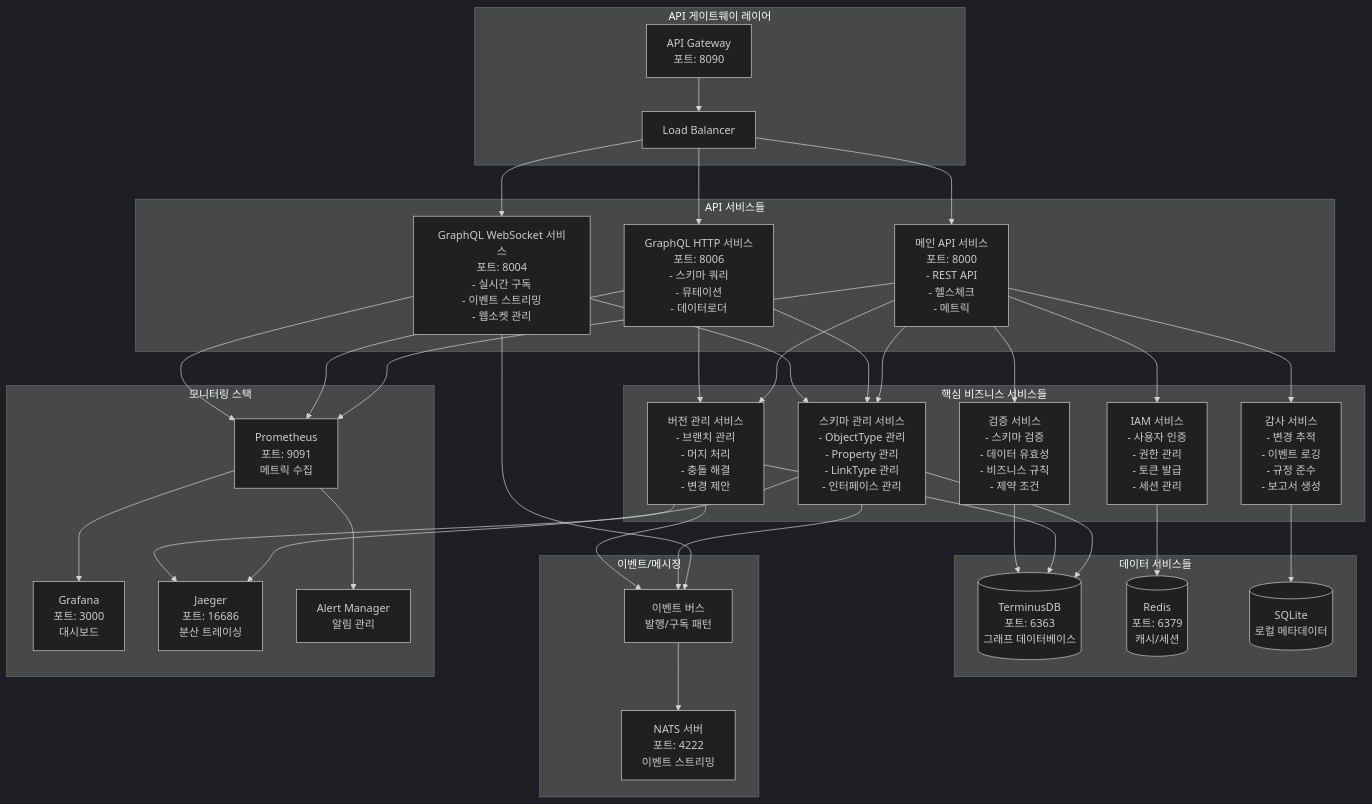
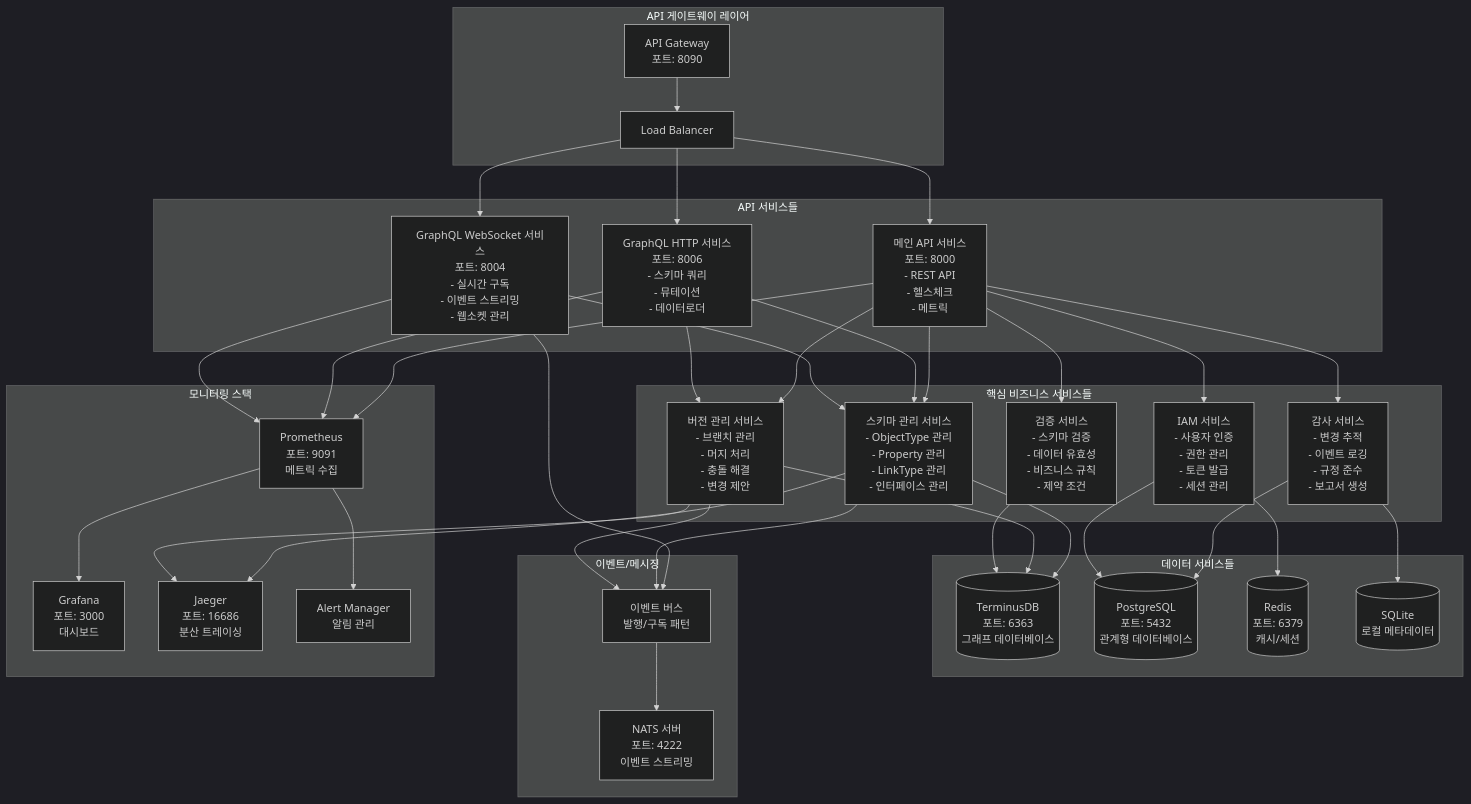
Before and after one commit to ludia8888/Icon-Blaster: the fourth of 11 diagrams in oms-monolith/ARCHITECTURE.md, drawn with Mermaid (dark theme). The commit also changed other lines of this file and 1 other file, not shown here.

First line of the commit message:
docs: PostgreSQL 하이브리드 데이터베이스 아키텍처 문서 업데이트

```diff
--- a/oms-monolith/ARCHITECTURE.md
+++ b/oms-monolith/ARCHITECTURE.md
@@ -154,6 +157,7 @@
 
     subgraph "데이터 서비스들"
         TerminusDB[(TerminusDB<br/>포트: 6363<br/>그래프 데이터베이스)]
+        PostgreSQL[(PostgreSQL<br/>포트: 5432<br/>관계형 데이터베이스)]
         Redis[(Redis<br/>포트: 6379<br/>캐시/세션)]
         SQLite[(SQLite<br/>로컬 메타데이터)]
     end
@@ -189,7 +193,9 @@
     SchemaService --> TerminusDB
     VersionService --> TerminusDB
     ValidationService --> TerminusDB
+    AuditService --> PostgreSQL
     AuditService --> SQLite
+    IAMService --> PostgreSQL
     IAMService --> Redis
 
     SchemaService --> EventBus
```
